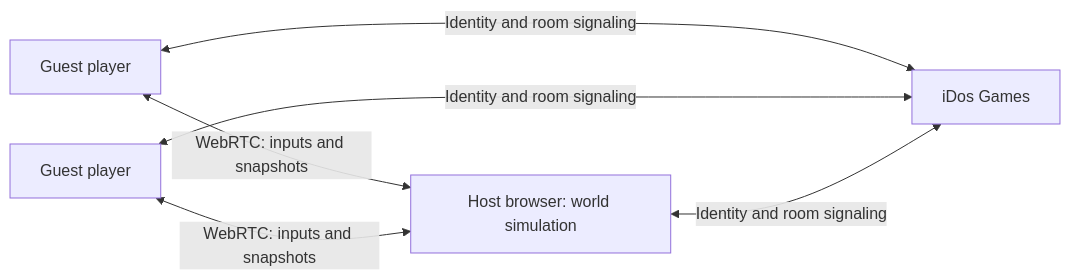
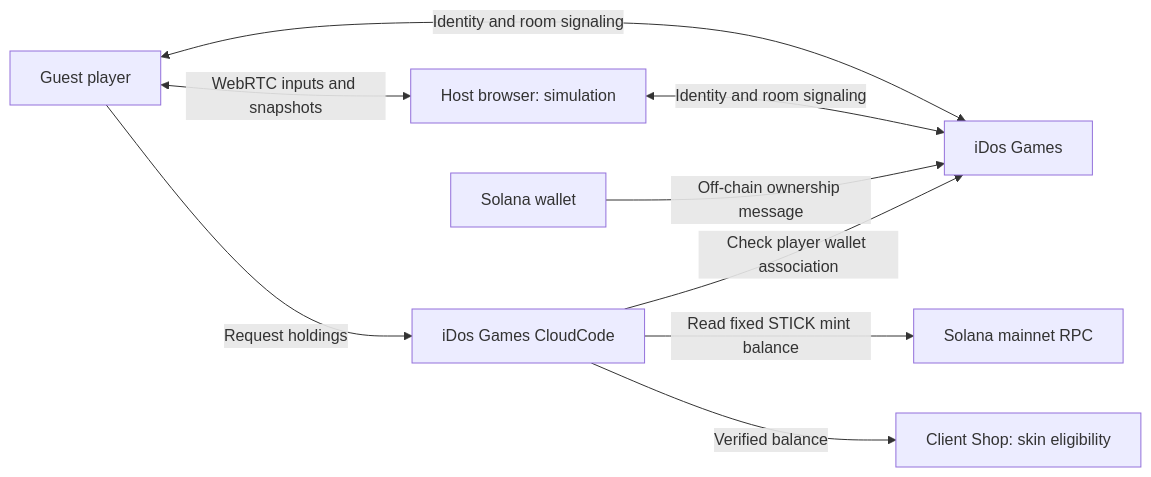
The diagram in README.md (dmitrydima202/SolSnake), drawn with Mermaid before and after one commit. The commit also changed other lines of this file and 4 other files, not shown here.

````diff
--- a/README.md
+++ b/README.md
@@ -69,8 +92,11 @@
 ```mermaid
 flowchart LR
-    A[Guest player] <-->|WebRTC: inputs and snapshots| H[Host browser: world simulation]
-    B[Guest player] <-->|WebRTC: inputs and snapshots| H
-    A <-->|Identity and room signaling| I[iDos Games]
-    B <-->|Identity and room signaling| I
+    P[Guest player] <-->|WebRTC inputs and snapshots| H[Host browser: simulation]
+    P <-->|Identity and room signaling| I[iDos Games]
     H <-->|Identity and room signaling| I
+    W[Solana wallet] -->|Off-chain ownership message| I
+    P -->|Request holdings| C[iDos Games CloudCode]
+    C -->|Check player wallet association| I
+    C -->|Read fixed STICK mint balance| R[Solana mainnet RPC]
+    C -->|Verified balance| S[Client Shop: skin eligibility]
 ```
````
